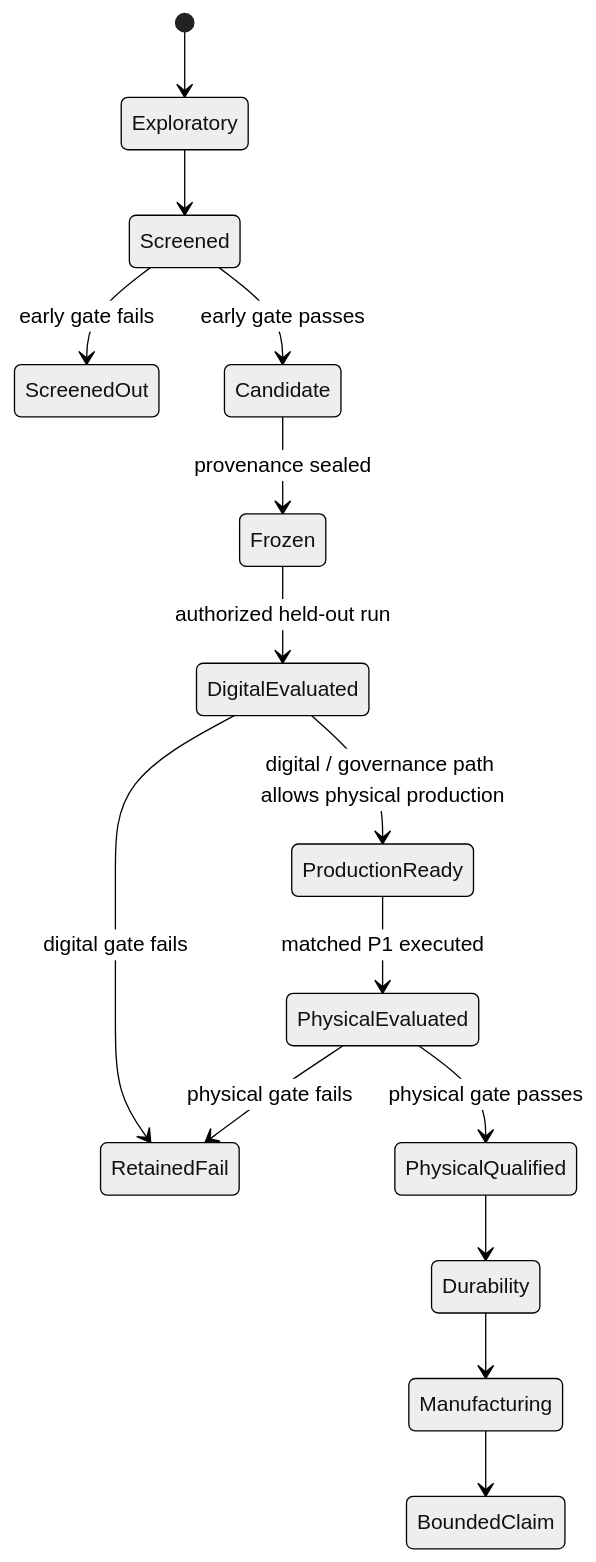
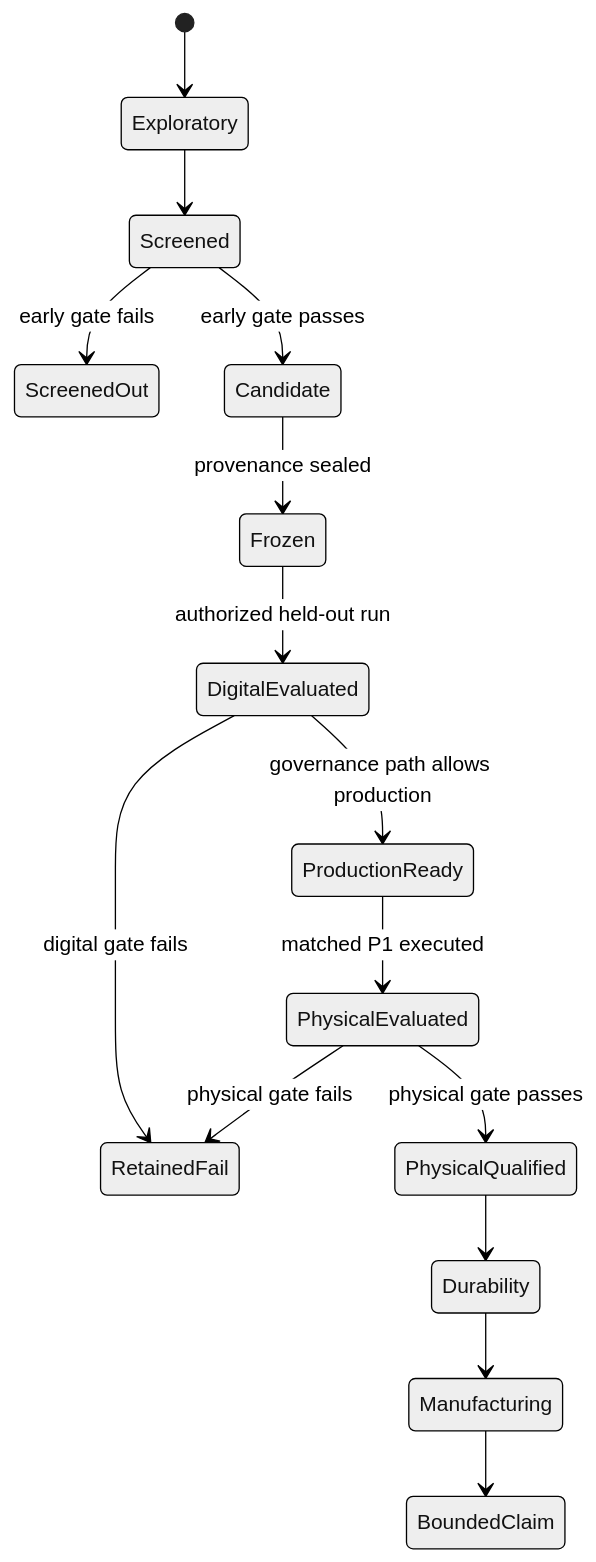
Before and after one commit to ninja-ops-guy/adversarial-clothing-pipeline: diagram 11 of 13 in docs/DIAGRAMS.md, drawn with Mermaid (neutral theme). The commit also changed other lines of this file, not shown here.

Commit message:
fix: harden Mermaid diagrams for GitHub rendering

````diff
--- a/docs/DIAGRAMS.md
+++ b/docs/DIAGRAMS.md
@@ -230,17 +232,17 @@
 ```mermaid
 stateDiagram-v2
     [*] --> Exploratory
     Exploratory --> Screened
     Screened --> ScreenedOut: early gate fails
     Screened --> Candidate: early gate passes
     Candidate --> Frozen: provenance sealed
     Frozen --> DigitalEvaluated: authorized held-out run
     DigitalEvaluated --> RetainedFail: digital gate fails
-    DigitalEvaluated --> ProductionReady: digital / governance path allows physical production
+    DigitalEvaluated --> ProductionReady: governance path allows production
     ProductionReady --> PhysicalEvaluated: matched P1 executed
     PhysicalEvaluated --> RetainedFail: physical gate fails
     PhysicalEvaluated --> PhysicalQualified: physical gate passes
     PhysicalQualified --> Durability
     Durability --> Manufacturing
     Manufacturing --> BoundedClaim
 ```
````
